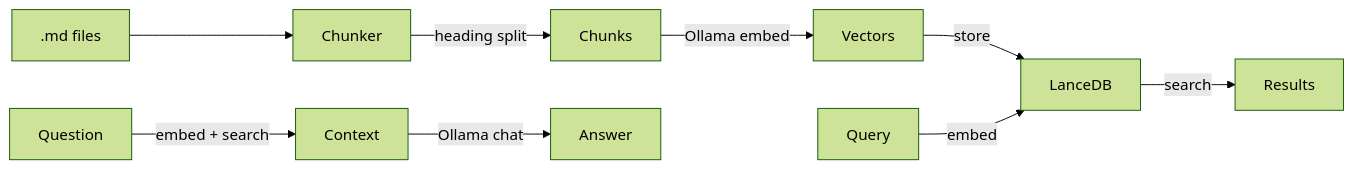
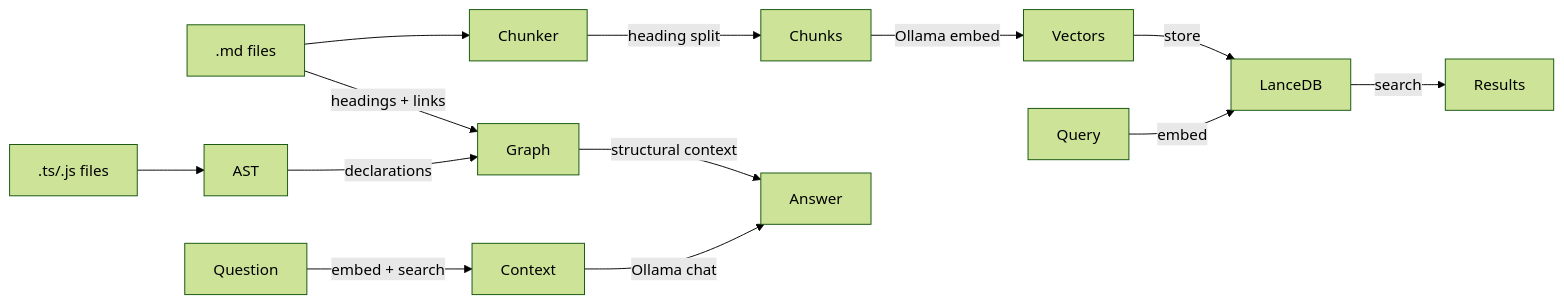
The diagram in README.md (FrameMuse/llm-rag), drawn with Mermaid (forest theme) before and after one commit. The commit also changed other lines of this file, not shown here.

First line of the commit message:
docs: update README and skill with knowledge graph two-tier design, vision, config

````diff
--- a/README.md
+++ b/README.md
@@ -106,11 +109,15 @@
 ```mermaid
 flowchart LR
   MD[.md files] --> Chunker
+  MD2[.ts/.js files] --> AST
+  AST -->|declarations| Graph
+  MD -->|headings + links| Graph
   Chunker -->|heading split| Chunks
   Chunks -->|Ollama embed| Vectors
   Vectors -->|store| LanceDB
   Query -->|embed| LanceDB
   LanceDB -->|search| Results
   Question -->|embed + search| Context
   Context -->|Ollama chat| Answer
+  Graph -->|structural context| Answer
 ```
````
